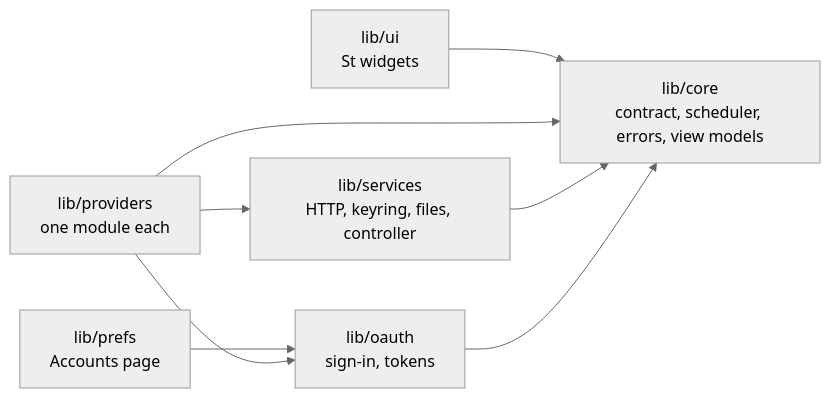
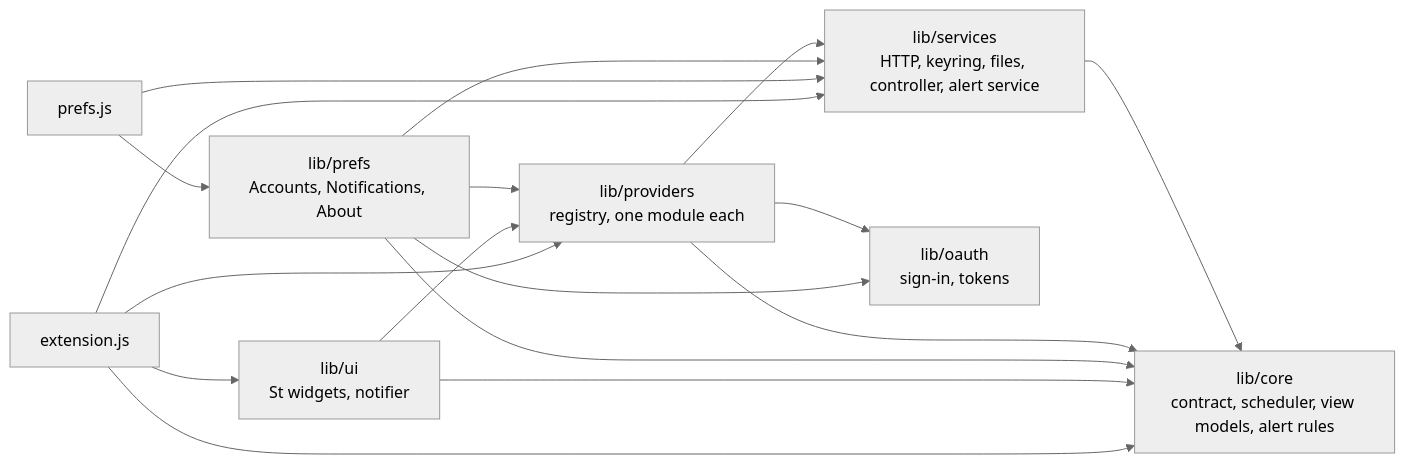
The diagram in docs/development.md (dandgabr/elfvision), drawn with Mermaid (neutral theme) before and after one commit. The commit also changed other lines of this file and 13 other files, not shown here.

````diff
--- a/docs/development.md
+++ b/docs/development.md
@@ -55,10 +61,19 @@
 ```mermaid
 flowchart LR
-    ui["lib/ui<br/>St widgets"] --> core["lib/core<br/>contract, scheduler, errors, view models"]
-    prefs["lib/prefs<br/>Accounts page"] --> oauth["lib/oauth<br/>sign-in, tokens"]
-    providers["lib/providers<br/>one module each"] --> core
+    extension["extension.js"] --> ui["lib/ui<br/>St widgets, notifier"]
+    extension --> services
+    extension --> providers
+    extension --> core
+    prefsjs["prefs.js"] --> prefs["lib/prefs<br/>Accounts, Notifications, About"]
+    prefsjs --> services
+    ui --> core["lib/core<br/>contract, scheduler, view models, alert rules"]
+    ui --> providers["lib/providers<br/>registry, one module each"]
+    prefs --> core
+    prefs --> oauth["lib/oauth<br/>sign-in, tokens"]
+    prefs --> providers
+    prefs --> services["lib/services<br/>HTTP, keyring, files, controller, alert service"]
+    providers --> core
     providers --> oauth
-    providers --> services["lib/services<br/>HTTP, keyring, files, controller"]
+    providers --> services
     services --> core
-    oauth --> core
 ```
````
